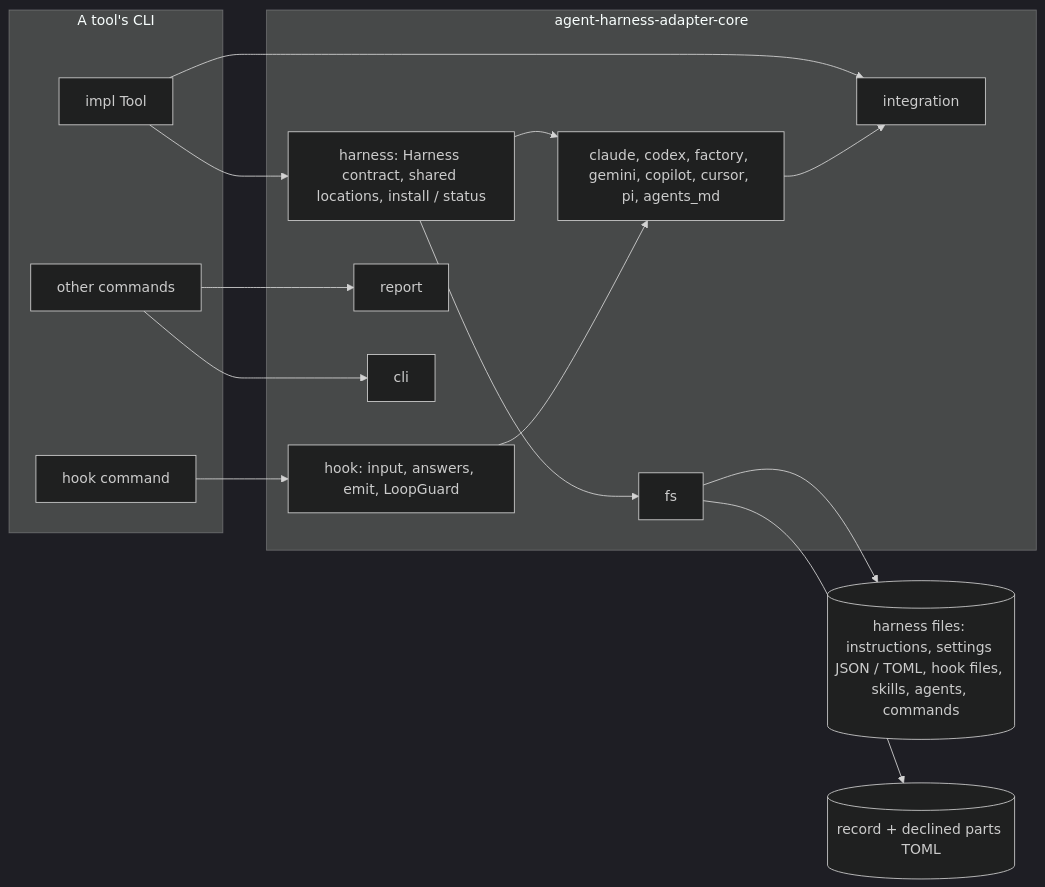
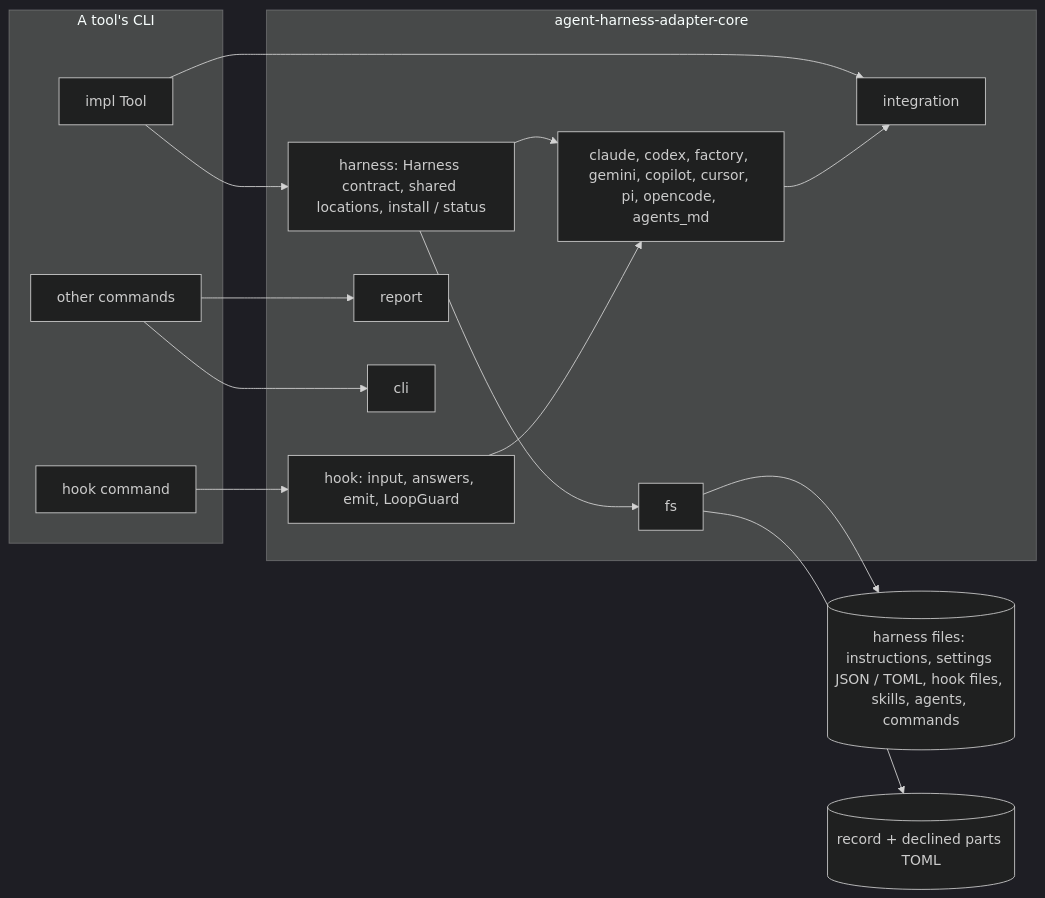
One commit to six5536/agent-harness-adapter changed the first of 2 diagrams in .zen/specs/ARCHITECTURE.md. Above: the diagram before and after it, drawn with Mermaid (dark theme). The commit also changed other lines of this file and 34 other files, not shown here.

````diff
--- a/.zen/specs/ARCHITECTURE.md
+++ b/.zen/specs/ARCHITECTURE.md
@@ -36,30 +36,30 @@
 ```mermaid
 flowchart LR
     subgraph Tool[A tool's CLI]
         ToolImpl[impl Tool]
         HookCmd[hook command]
         Cmds[other commands]
     end
     subgraph Core[agent-harness-adapter-core]
         Integration[integration]
         Harness[harness: Harness contract, shared locations, install / status]
-        Adapters[claude, codex, factory, gemini, copilot, cursor, pi, agents_md]
+        Adapters[claude, codex, factory, gemini, copilot, cursor, pi, opencode, agents_md]
         Hook[hook: input, answers, emit, LoopGuard]
         Report[report]
         Cli[cli]
         Fs[fs]
     end
     Files[(harness files: instructions, settings JSON / TOML, hook files, skills, agents, commands)]
     Record[(record + declined parts TOML)]
     ToolImpl --> Integration
     ToolImpl --> Harness
     HookCmd --> Hook
     Cmds --> Report
     Cmds --> Cli
     Harness --> Adapters
     Adapters --> Integration
     Hook --> Adapters
     Harness --> Fs
     Fs --> Files
     Fs --> Record
 ```
````
